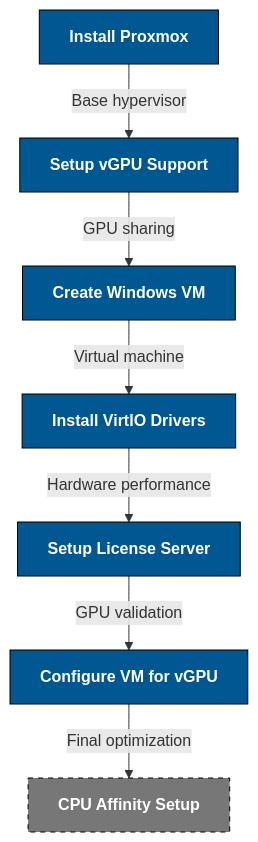
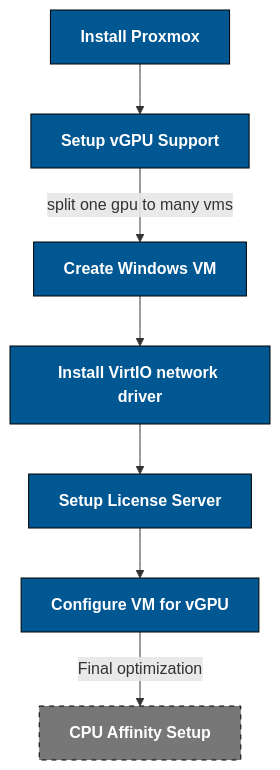
The diagram in README.md (Xenogy/flabs_proxmox), drawn with Mermaid before and after one commit.

````diff
--- a/README.md
+++ b/README.md
@@ -65,17 +65,17 @@
 ```mermaid
 flowchart TD
-    A[Install Proxmox] -->|Base hypervisor| B[Setup vGPU Support]
-    B -->|GPU sharing| C[Create Windows VM]
-    C -->|Virtual machine| D[Install VirtIO Drivers]
-    D -->|Hardware performance| E[Setup License Server]
-    E -->|GPU validation| F[Configure VM for vGPU]
+    A[Install Proxmox] --> B[Setup vGPU Support]
+    B -->|split one gpu to many vms| C[Create Windows VM]
+    C --> D[Install VirtIO network driver]
+    D --> E[Setup License Server]
+    E --> F[Configure VM for vGPU]
     F -->|Final optimization| G[CPU Affinity Setup]
 
     style A fill:#005792,stroke:#000000,color:#ffffff,font-weight:bold
     style B fill:#005792,stroke:#000000,color:#ffffff,font-weight:bold
     style C fill:#005792,stroke:#000000,color:#ffffff,font-weight:bold
     style D fill:#005792,stroke:#000000,color:#ffffff,font-weight:bold
     style E fill:#005792,stroke:#000000,color:#ffffff,font-weight:bold
     style F fill:#005792,stroke:#000000,color:#ffffff,font-weight:bold
     style G fill:#777777,stroke:#000000,color:#ffffff,font-weight:bold,stroke-dasharray: 5 5
 ```
````
